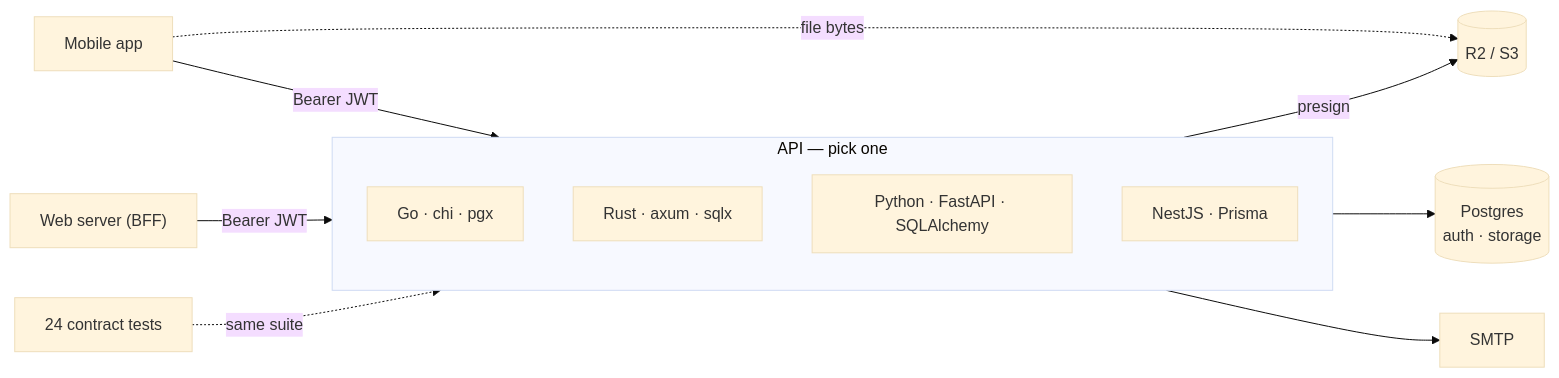
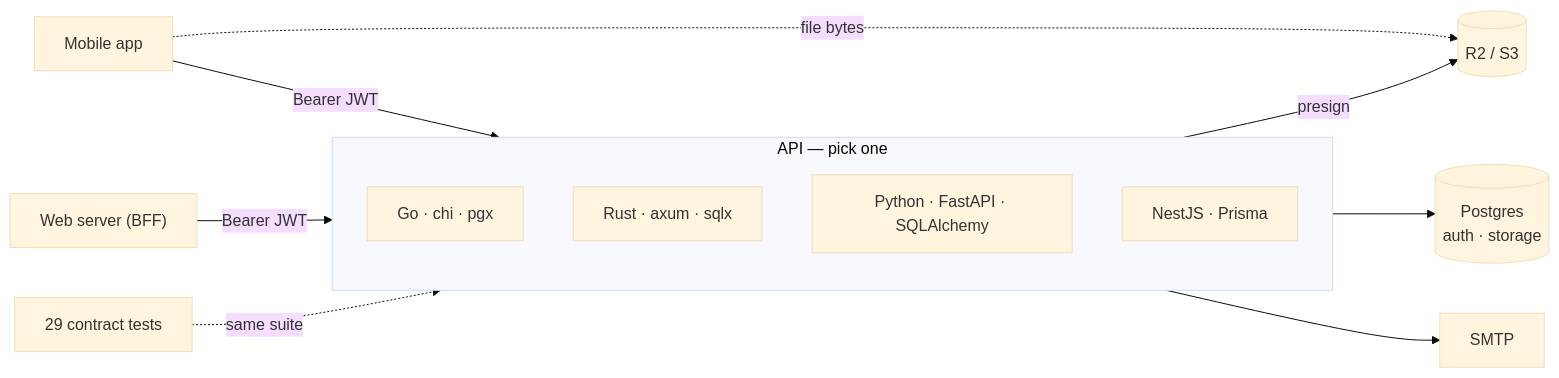
The first of 8 diagrams in README.md (haryarrahman14/backend-boilerplate), drawn with Mermaid (base theme) before and after one commit. The commit also changed other lines of this file and 10 other files, not shown here.

````diff
--- a/README.md
+++ b/README.md
@@ -5,19 +5,19 @@
 ```mermaid
 flowchart LR
     M["Mobile app"] -->|"Bearer JWT"| API
     W["Web server (BFF)"] -->|"Bearer JWT"| API
 
     subgraph API["API — pick one"]
         direction TB
         G["Go · chi · pgx"]
         R["Rust · axum · sqlx"]
         P["Python · FastAPI · SQLAlchemy"]
         N["NestJS · Prisma"]
     end
 
     API --> PG[("Postgres<br/>auth · storage")]
     API -->|"presign"| S3[("R2 / S3")]
     API --> SMTP["SMTP"]
     M -.->|"file bytes"| S3
-    CT["24 contract tests"] -.->|"same suite"| API
+    CT["29 contract tests"] -.->|"same suite"| API
 ```
````
